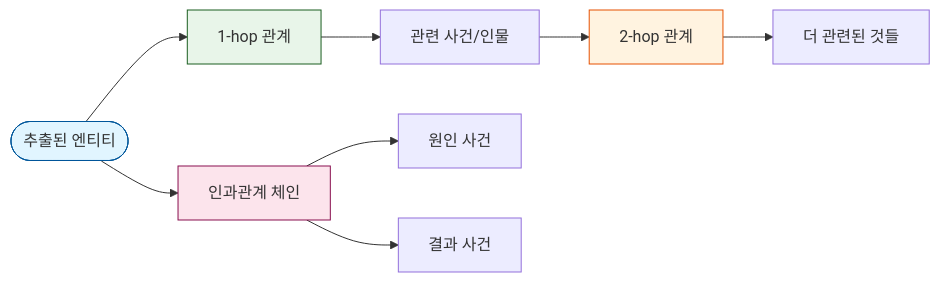
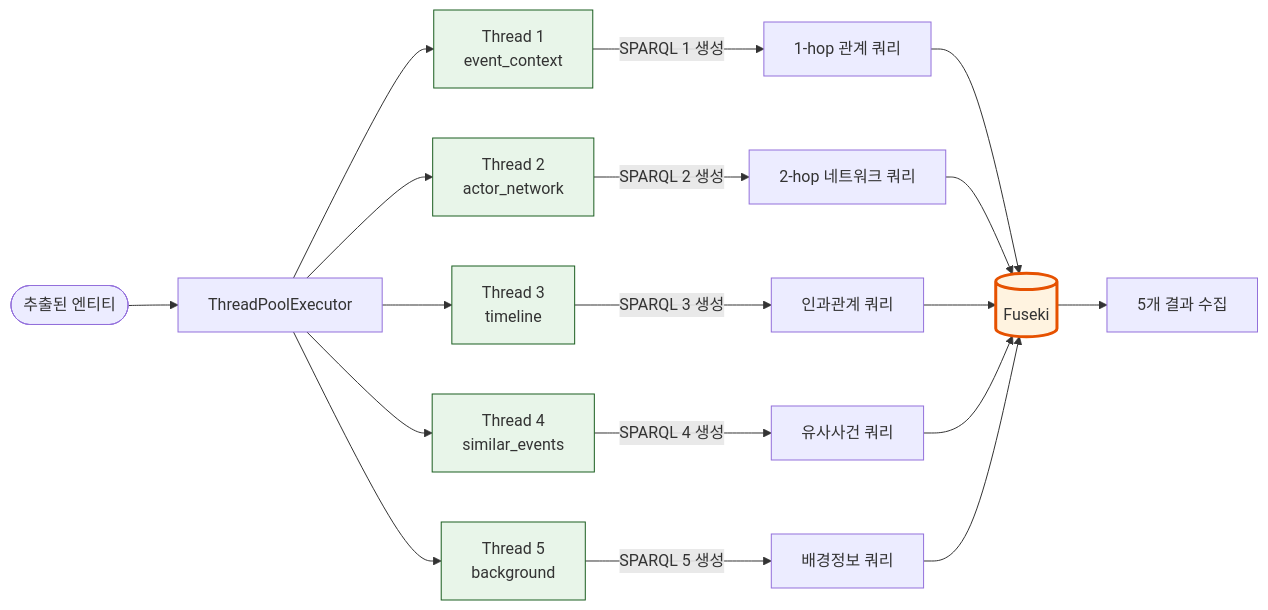
The second of 5 diagrams in BackEnd/ontology_langgraph_structure/docs/README.md (SKNETWORKS-FAMILY-AICAMP/SKN18-FINAL-3TEAM), drawn with Mermaid before and after one commit. The commit also changed other lines of this file and 11 other files, not shown here.

````diff
--- a/BackEnd/ontology_langgraph_structure/docs/README.md
+++ b/BackEnd/ontology_langgraph_structure/docs/README.md
@@ -500,16 +696,31 @@
 ```mermaid
 graph LR
-    Entity([추출된 엔티티]) --> OneHop[1-hop 관계]
-    OneHop --> Related1[관련 사건/인물]
-    Related1 --> TwoHop[2-hop 관계]
-    TwoHop --> Related2[더 관련된 것들]
+    Entity([추출된 엔티티]) --> Parallel[ThreadPoolExecutor]
 
-    Entity --> CausalChain[인과관계 체인]
-    CausalChain --> Cause[원인 사건]
-    CausalChain --> Effect[결과 사건]
+    Parallel --> T1[Thread 1<br/>event_context]
+    Parallel --> T2[Thread 2<br/>actor_network]
+    Parallel --> T3[Thread 3<br/>timeline]
+    Parallel --> T4[Thread 4<br/>similar_events]
+    Parallel --> T5[Thread 5<br/>background]
 
-    style Entity fill:#e1f5ff,stroke:#01579b
-    style OneHop fill:#e8f5e9,stroke:#1b5e20
-    style TwoHop fill:#fff3e0,stroke:#e65100
-    style CausalChain fill:#fce4ec,stroke:#880e4f
+    T1 -->|SPARQL 1 생성| S1[1-hop 관계 쿼리]
+    T2 -->|SPARQL 2 생성| S2[2-hop 네트워크 쿼리]
+    T3 -->|SPARQL 3 생성| S3[인과관계 쿼리]
+    T4 -->|SPARQL 4 생성| S4[유사사건 쿼리]
+    T5 -->|SPARQL 5 생성| S5[배경정보 쿼리]
+
+    S1 --> Fuseki[(Fuseki)]
+    S2 --> Fuseki
+    S3 --> Fuseki
+    S4 --> Fuseki
+    S5 --> Fuseki
+
+    Fuseki --> Results[5개 결과 수집]
+
+    style Fuseki fill:#fff3e0,stroke:#e65100,stroke-width:3px
+    style T1 fill:#e8f5e9,stroke:#1b5e20
+    style T2 fill:#e8f5e9,stroke:#1b5e20
+    style T3 fill:#e8f5e9,stroke:#1b5e20
+    style T4 fill:#e8f5e9,stroke:#1b5e20
+    style T5 fill:#e8f5e9,stroke:#1b5e20
 ```
````
